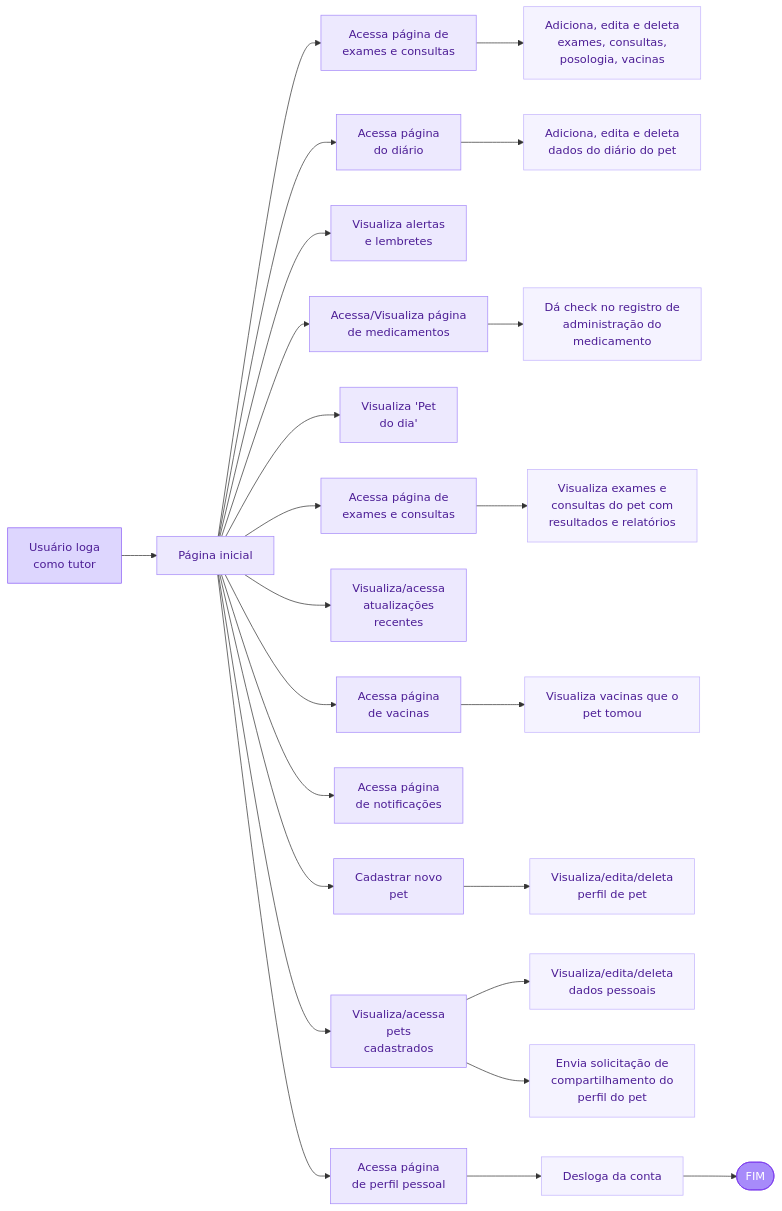
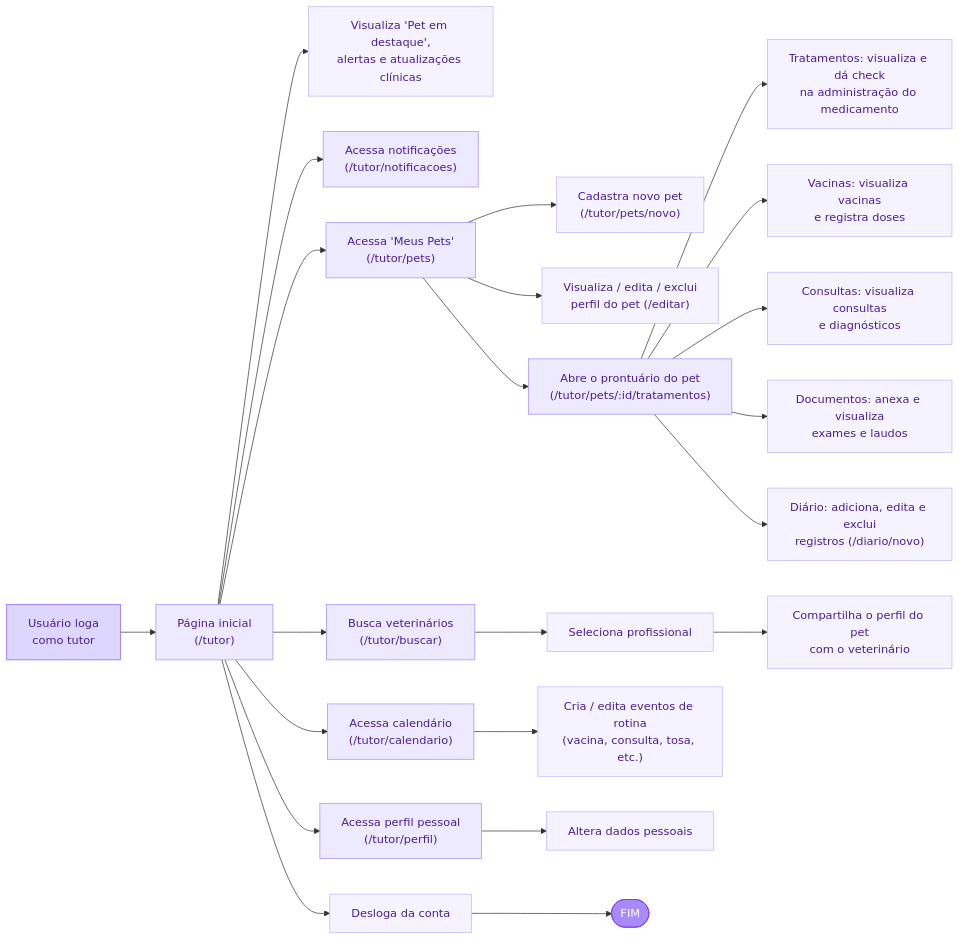
The second of 4 diagrams in docs-frontend-web-fluxo-wireframes.md (LaraPaulaSilva/petlife2copia), drawn with Mermaid before and after one commit. The commit also changed other lines of this file, not shown here.

Commit message:
docs: refaz fluxograma com telas e ações 100% fiéis ao código do frontend (imagem só como referência visual)

````diff
--- a/docs-frontend-web-fluxo-wireframes.md
+++ b/docs-frontend-web-fluxo-wireframes.md
@@ -56,48 +56,45 @@
 ```mermaid
 flowchart LR
-    logaTutor["Usuário loga<br/>como tutor"] --> inicioT["Página inicial"]
+    logaTutor["Usuário loga<br/>como tutor"] --> inicioT["Página inicial<br/>(/tutor)"]
 
-    %% paginas (coluna central) -> acoes (coluna esquerda)
-    inicioT --> p1["Acessa página de<br/>exames e consultas"]
-    p1 --> a1["Adiciona, edita e deleta<br/>exames, consultas,<br/>posologia, vacinas"]
+    %% ===== Início: dashboard =====
+    inicioT --> dash1["Visualiza 'Pet em destaque',<br/>alertas e atualizações clínicas"]
+    inicioT --> notifT["Acessa notificações<br/>(/tutor/notificacoes)"]
 
-    inicioT --> p2["Acessa página<br/>do diário"]
-    p2 --> a2["Adiciona, edita e deleta<br/>dados do diário do pet"]
+    %% ===== Meus Pets =====
+    inicioT --> pets["Acessa 'Meus Pets'<br/>(/tutor/pets)"]
+    pets --> novoPet["Cadastra novo pet<br/>(/tutor/pets/novo)"]
+    pets --> editaPet["Visualiza / edita / exclui<br/>perfil do pet (/editar)"]
+    pets --> prontT["Abre o prontuário do pet<br/>(/tutor/pets/:id/tratamentos)"]
 
-    inicioT --> p3["Visualiza alertas<br/>e lembretes"]
+    %% ===== Prontuário (abas) =====
+    prontT --> trT["Tratamentos: visualiza e dá check<br/>na administração do medicamento"]
+    prontT --> vacT["Vacinas: visualiza vacinas<br/>e registra doses"]
+    prontT --> consT["Consultas: visualiza consultas<br/>e diagnósticos"]
+    prontT --> docT["Documentos: anexa e visualiza<br/>exames e laudos"]
+    prontT --> diaT["Diário: adiciona, edita e exclui<br/>registros (/diario/novo)"]
 
-    inicioT --> p4["Acessa/Visualiza página<br/>de medicamentos"]
-    p4 --> a4["Dá check no registro de<br/>administração do<br/>medicamento"]
+    %% ===== Buscar + compartilhar =====
+    inicioT --> buscar["Busca veterinários<br/>(/tutor/buscar)"]
+    buscar --> selVet["Seleciona profissional"]
+    selVet --> compart["Compartilha o perfil do pet<br/>com o veterinário"]
 
-    inicioT --> p5["Visualiza 'Pet<br/>do dia'"]
+    %% ===== Calendário =====
+    inicioT --> calT["Acessa calendário<br/>(/tutor/calendario)"]
+    calT --> evento["Cria / edita eventos de rotina<br/>(vacina, consulta, tosa, etc.)"]
 
-    inicioT --> p6["Acessa página de<br/>exames e consultas"]
-    p6 --> a6["Visualiza exames e<br/>consultas do pet com<br/>resultados e relatórios"]
-
-    inicioT --> p7["Visualiza/acessa<br/>atualizações<br/>recentes"]
-
-    inicioT --> p8["Acessa página<br/>de vacinas"]
-    p8 --> a8["Visualiza vacinas que o<br/>pet tomou"]
-
-    inicioT --> p9["Acessa página<br/>de notificações"]
-
-    inicioT --> p10["Cadastrar novo<br/>pet"]
-    p10 --> a10["Visualiza/edita/deleta<br/>perfil de pet"]
-
-    inicioT --> p11["Visualiza/acessa<br/>pets<br/>cadastrados"]
-    p11 --> a11["Visualiza/edita/deleta<br/>dados pessoais"]
-    p11 --> a11b["Envia solicitação de<br/>compartilhamento do<br/>perfil do pet"]
-
-    inicioT --> p12["Acessa página<br/>de perfil pessoal"]
-    p12 --> desloga["Desloga da conta"]
-    desloga --> fimT(["FIM"])
+    %% ===== Perfil + logout =====
+    inicioT --> perfilT["Acessa perfil pessoal<br/>(/tutor/perfil)"]
+    perfilT --> dadosT["Altera dados pessoais"]
+    inicioT --> deslogaT["Desloga da conta"]
+    deslogaT --> fimT(["FIM"])
 
     classDef tutor fill:#ede9fe,stroke:#a78bfa,color:#4c1d95;
     classDef acaoT fill:#f5f3ff,stroke:#c4b5fd,color:#4c1d95;
     classDef logT fill:#ddd6fe,stroke:#8b5cf6,color:#4c1d95;
     classDef inicioFimT fill:#a78bfa,stroke:#7c3aed,color:#ffffff;
-    class inicioT,p1,p2,p3,p4,p5,p6,p7,p8,p9,p10,p11,p12 tutor;
-    class a1,a2,a4,a6,a8,a10,a11,a11b,desloga acaoT;
+    class inicioT,pets,prontT,buscar,calT,perfilT,notifT tutor;
+    class dash1,novoPet,editaPet,trT,vacT,consT,docT,diaT,selVet,compart,evento,dadosT,deslogaT acaoT;
     class logaTutor logT;
     class fimT inicioFimT;
 ```
````
